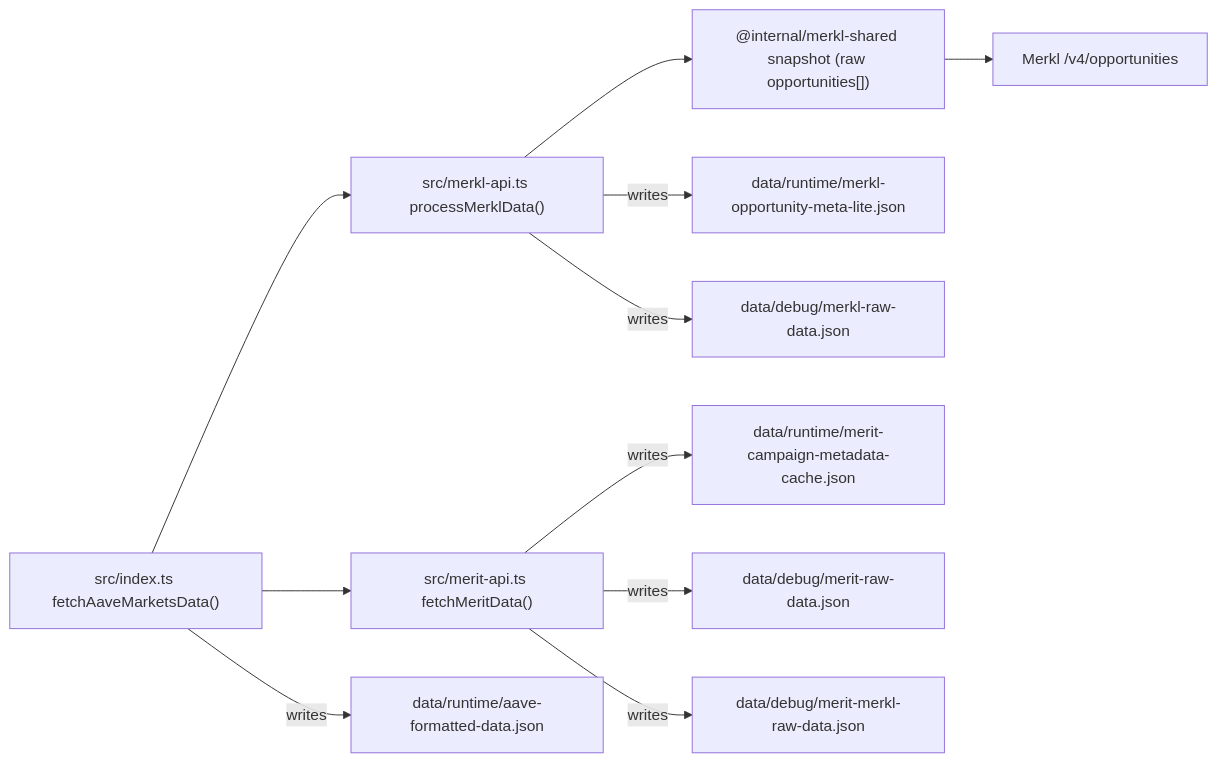
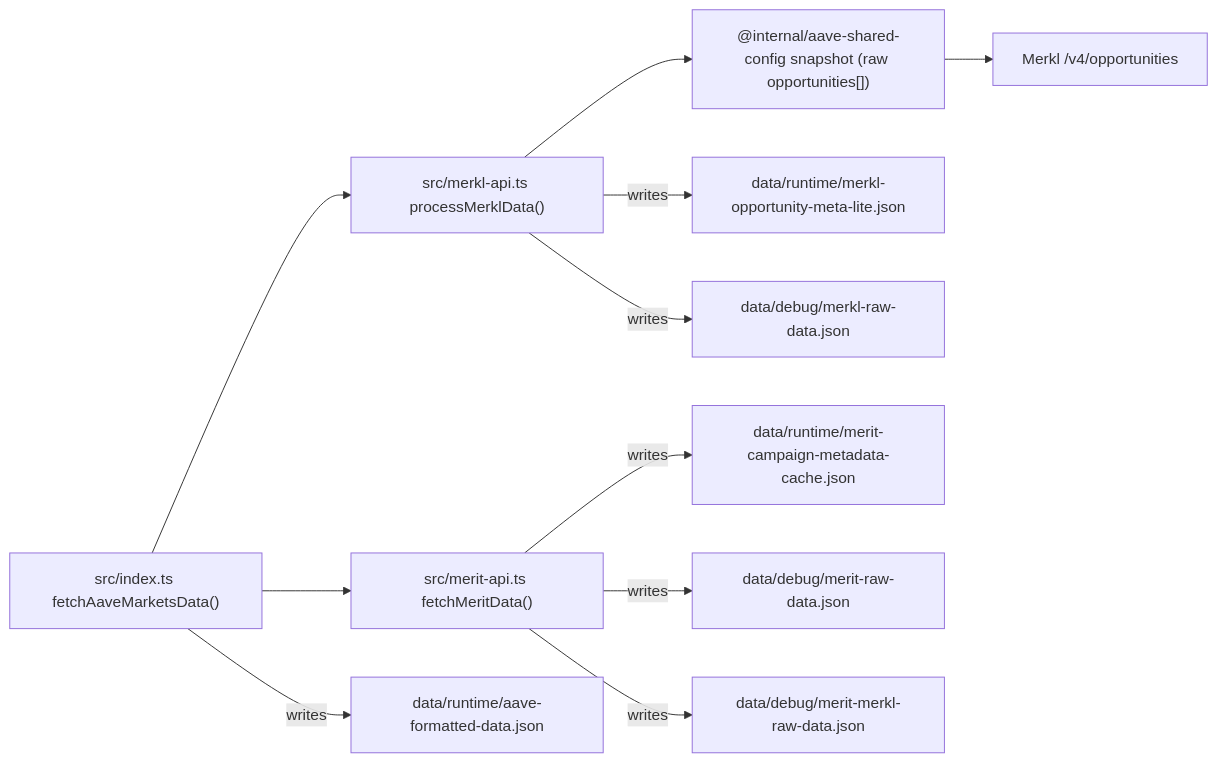
The second of 5 diagrams in docs/merkl-merit-cache-architecture.md (0xPabloLI/aave-protocol-analysis), drawn with Mermaid before and after one commit. The commit also changed other lines of this file and 15 other files, not shown here.

Commit message:
refactor(rate-inputs): dynamic fallback and rename shared config package

````diff
--- a/docs/merkl-merit-cache-architecture.md
+++ b/docs/merkl-merit-cache-architecture.md
@@ -50,13 +50,13 @@
 ```mermaid
 flowchart LR
   A["src/index.ts fetchAaveMarketsData()"] --> B["src/merkl-api.ts processMerklData()"]
-  B --> C["@internal/merkl-shared snapshot (raw opportunities[])"]
+  B --> C["@internal/aave-shared-config snapshot (raw opportunities[])"]
   C --> D["Merkl /v4/opportunities"]
   B -- "writes" --> E["data/runtime/merkl-opportunity-meta-lite.json"]
   B -- "writes" --> F["data/debug/merkl-raw-data.json"]
   A --> G["src/merit-api.ts fetchMeritData()"]
   G -- "writes" --> H["data/runtime/merit-campaign-metadata-cache.json"]
   G -- "writes" --> I["data/debug/merit-raw-data.json"]
   G -- "writes" --> J["data/debug/merit-merkl-raw-data.json"]
   A -- "writes" --> K["data/runtime/aave-formatted-data.json"]
 ```
````
